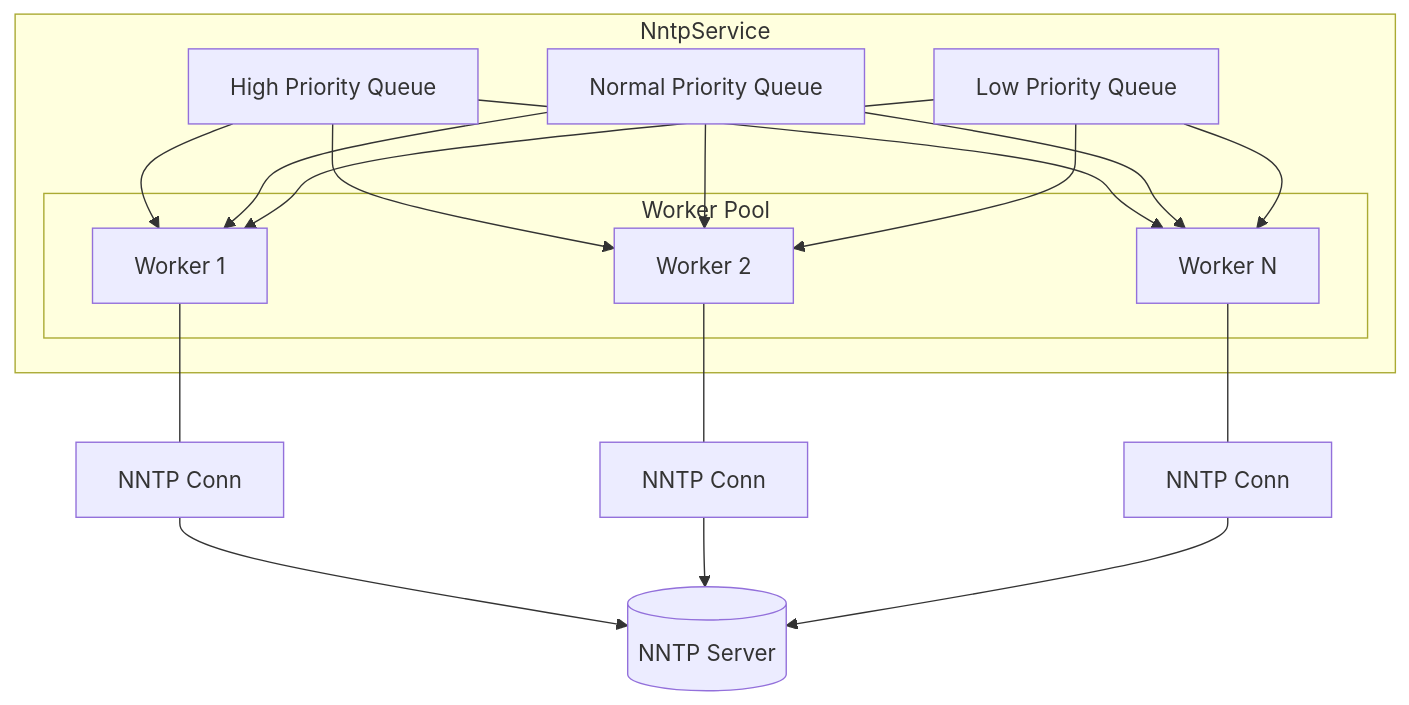
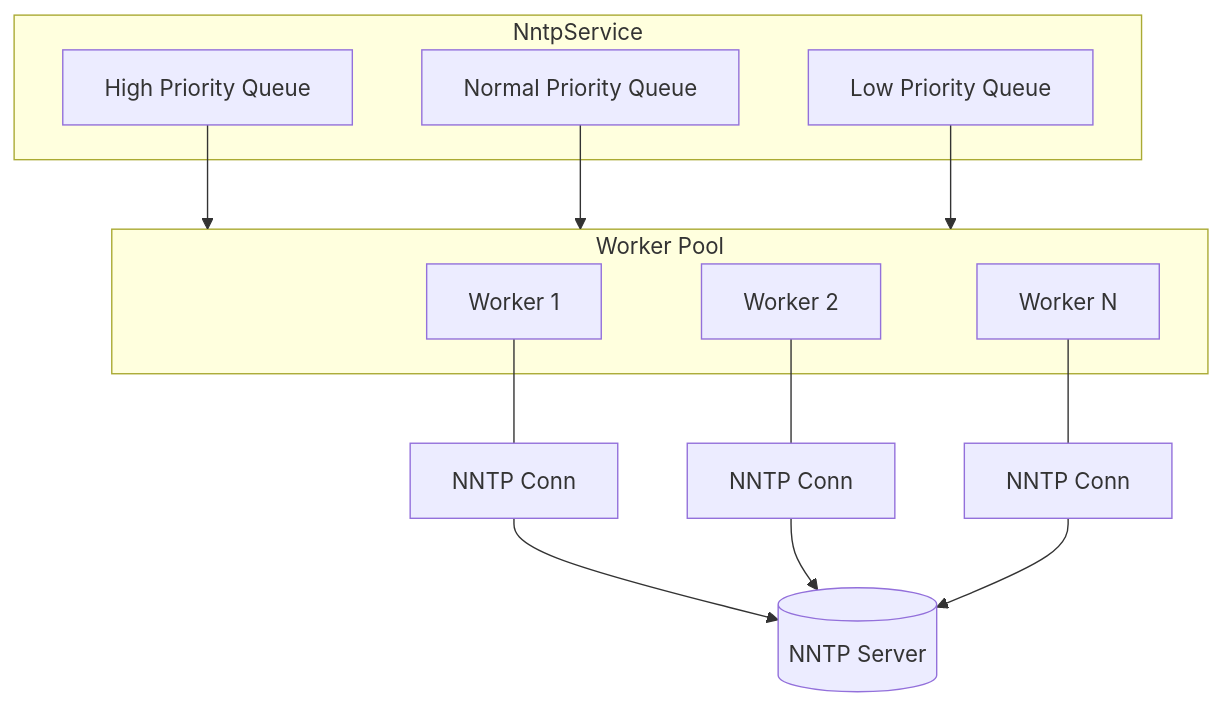
Before and after one commit to forever-august/september: the third of 3 diagrams in docs/architecture.md, drawn with Mermaid. The commit also changed other lines of this file, not shown here.

Commit message:
docs: fix worker pool diagram and add priority levels table

````diff
--- a/docs/architecture.md
+++ b/docs/architecture.md
@@ -55,39 +55,28 @@
 ```mermaid
 graph TB
     subgraph Service["NntpService"]
         HQ[High Priority Queue]
         NQ[Normal Priority Queue]
         LQ[Low Priority Queue]
-        subgraph Workers["Worker Pool"]
-            W1[Worker 1]
-            W2[Worker 2]
-            WN[Worker N]
-        end
     end
 
-    subgraph Workers["Worker Pool"]
+    subgraph Pool["Worker Pool"]
         W1[Worker 1]
         W2[Worker 2]
         WN[Worker N]
     end
 
     W1 --- C1[NNTP Conn]
     W2 --- C2[NNTP Conn]
     WN --- CN[NNTP Conn]
 
     NNTP[(NNTP Server)]
 
-    HQ --> W1
-    HQ --> W2
-    HQ --> WN
-    NQ --> W1
-    NQ --> W2
-    NQ --> WN
-    LQ --> W1
-    LQ --> W2
-    LQ --> WN
+    HQ --> Pool
+    NQ --> Pool
+    LQ --> Pool
 
     C1 --> NNTP
     C2 --> NNTP
     CN --> NNTP
 ```
````
